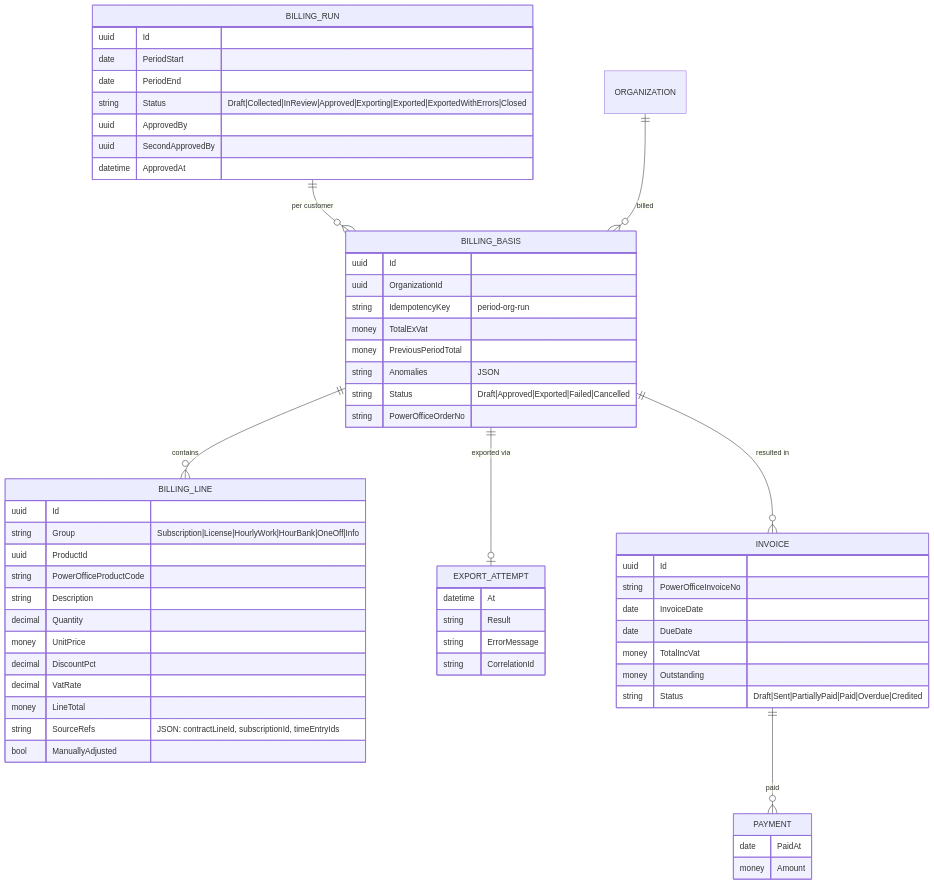
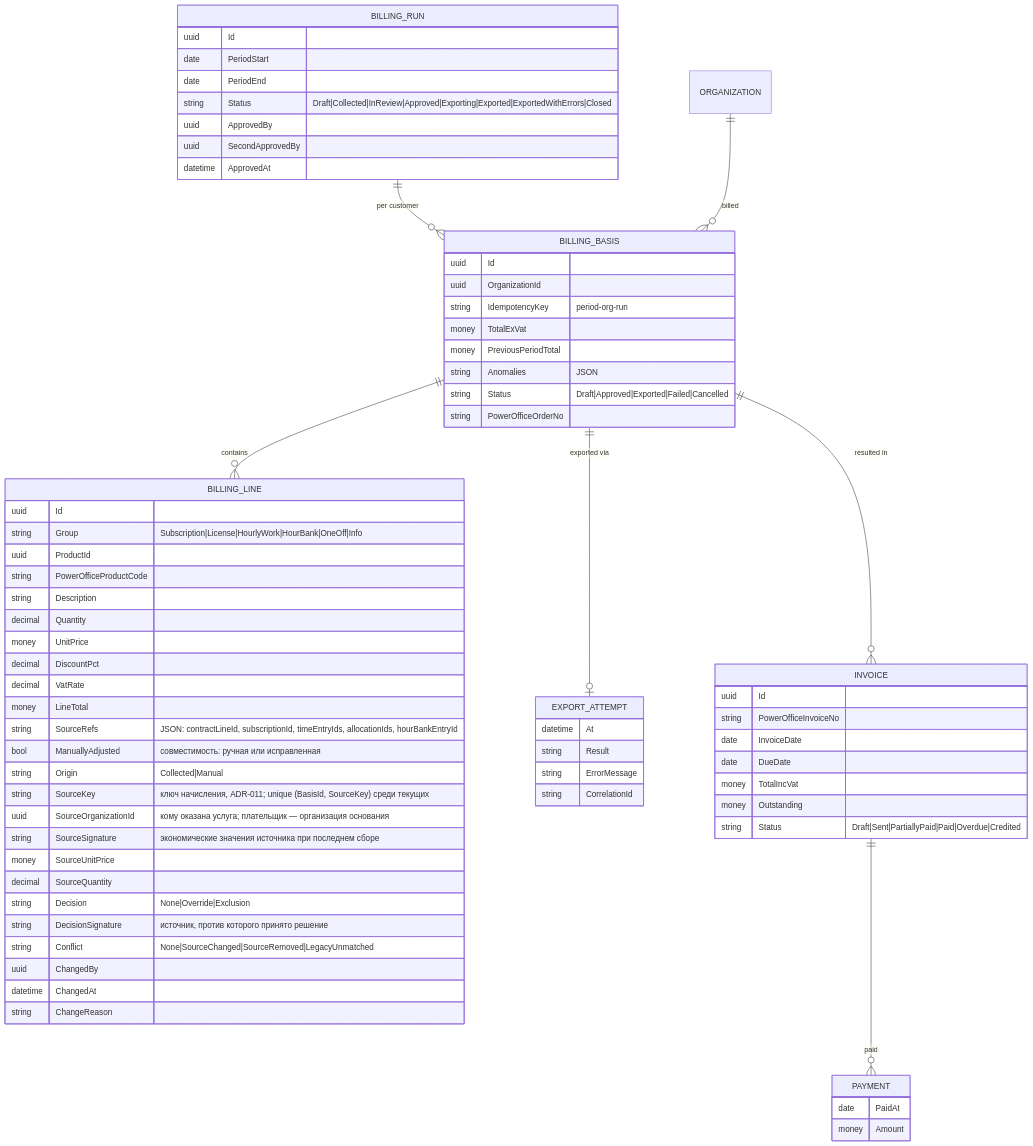
Before and after one commit to Oleksandr-Kliuiev/parasol: the fourth of 5 diagrams in docs/04-data-model.md, drawn with Mermaid. The commit also changed 40 other files, not shown here.

````diff
--- a/docs/04-data-model.md
+++ b/docs/04-data-model.md
@@ -362,62 +362,74 @@
 ```mermaid
 erDiagram
   BILLING_RUN ||--o{ BILLING_BASIS : "per customer"
   BILLING_BASIS ||--o{ BILLING_LINE : contains
   BILLING_BASIS ||--o| EXPORT_ATTEMPT : "exported via"
   BILLING_BASIS ||--o{ INVOICE : "resulted in"
   INVOICE ||--o{ PAYMENT : paid
   ORGANIZATION ||--o{ BILLING_BASIS : billed
 
   BILLING_RUN {
     uuid Id
     date PeriodStart
     date PeriodEnd
     string Status "Draft|Collected|InReview|Approved|Exporting|Exported|ExportedWithErrors|Closed"
     uuid ApprovedBy
     uuid SecondApprovedBy
     datetime ApprovedAt
   }
   BILLING_BASIS {
     uuid Id
     uuid OrganizationId
     string IdempotencyKey "period-org-run"
     money TotalExVat
     money PreviousPeriodTotal
     string Anomalies "JSON"
     string Status "Draft|Approved|Exported|Failed|Cancelled"
     string PowerOfficeOrderNo
   }
   BILLING_LINE {
     uuid Id
     string Group "Subscription|License|HourlyWork|HourBank|OneOff|Info"
     uuid ProductId
     string PowerOfficeProductCode
     string Description
     decimal Quantity
     money UnitPrice
     decimal DiscountPct
     decimal VatRate
     money LineTotal
-    string SourceRefs "JSON: contractLineId, subscriptionId, timeEntryIds"
-    bool ManuallyAdjusted
+    string SourceRefs "JSON: contractLineId, subscriptionId, timeEntryIds, allocationIds, hourBankEntryId"
+    bool ManuallyAdjusted "совместимость: ручная или исправленная"
+    string Origin "Collected|Manual"
+    string SourceKey "ключ начисления, ADR-011; unique (BasisId, SourceKey) среди текущих"
+    uuid SourceOrganizationId "кому оказана услуга; плательщик — организация основания"
+    string SourceSignature "экономические значения источника при последнем сборе"
+    money SourceUnitPrice
+    decimal SourceQuantity
+    string Decision "None|Override|Exclusion"
+    string DecisionSignature "источник, против которого принято решение"
+    string Conflict "None|SourceChanged|SourceRemoved|LegacyUnmatched"
+    uuid ChangedBy
+    datetime ChangedAt
+    string ChangeReason
   }
   EXPORT_ATTEMPT {
     datetime At
     string Result
     string ErrorMessage
     string CorrelationId
   }
   INVOICE {
     uuid Id
     string PowerOfficeInvoiceNo
     date InvoiceDate
     date DueDate
     money TotalIncVat
     money Outstanding
     string Status "Draft|Sent|PartiallyPaid|Paid|Overdue|Credited"
   }
   PAYMENT {
     date PaidAt
     money Amount
   }
 ```
````
